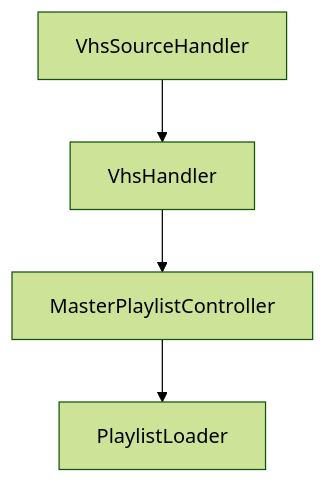
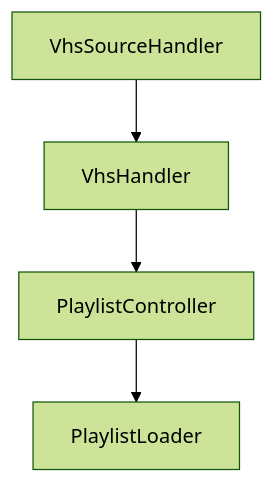
One commit to videojs/http-streaming changed the third of 8 diagrams in docs/a-walk-through-vhs.md. Above: the diagram before and after it, drawn with Mermaid (forest theme). The commit also changed other lines of this file and 4 other files, not shown here.

````diff
--- a/docs/a-walk-through-vhs.md
+++ b/docs/a-walk-through-vhs.md
@@ -91,6 +91,6 @@
 ```mermaid
 flowchart TD
   VhsSourceHandler --> VhsHandler
-  VhsHandler --> MasterPlaylistController
-  MasterPlaylistController --> PlaylistLoader
+  VhsHandler --> PlaylistController
+  PlaylistController --> PlaylistLoader
 ```
````
